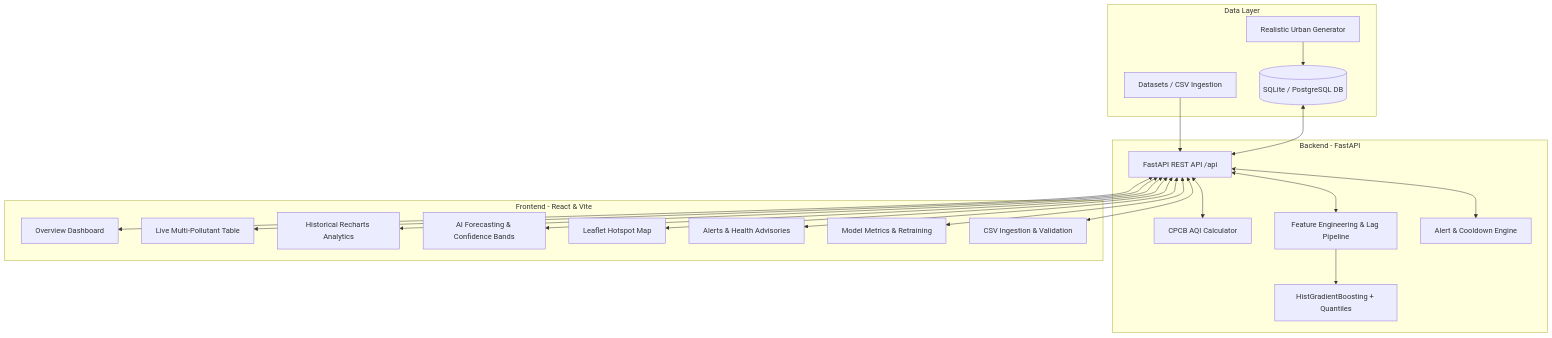
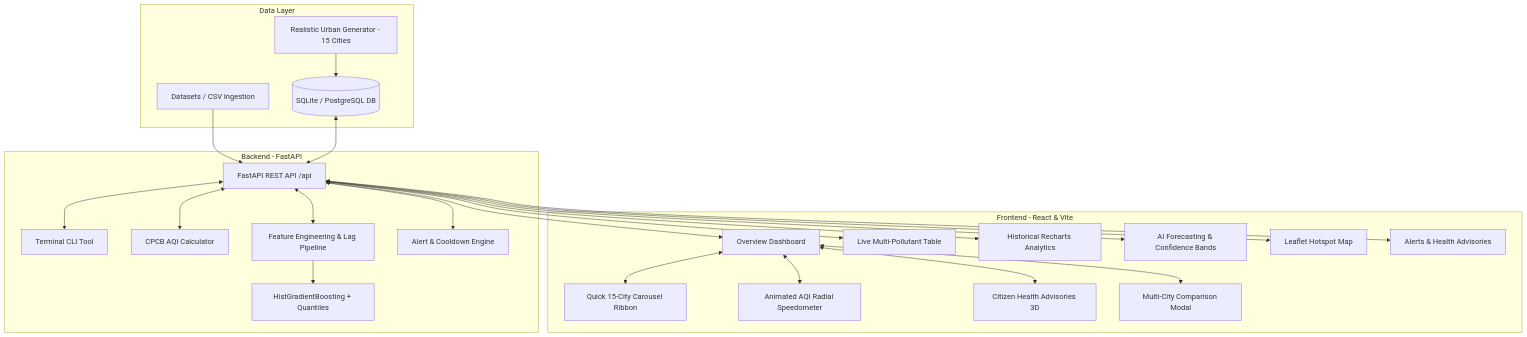
One commit to samk1245/SmartCity-AirGuard-AI-System changed the diagram in README.md. Above: the diagram before and after it, drawn with Mermaid. The commit also changed other lines of this file and 14 other files, not shown here.

Commit message:
feat: add GitHub Actions CI/CD workflows, Docker containerization, terminal CLI, Postman collection, and open-source community standards

````diff
--- a/README.md
+++ b/README.md
@@ -46,43 +54,49 @@
 ```mermaid
 flowchart TD
     subgraph Data Layer
         CSV[Datasets / CSV Ingestion]
         SQLite[(SQLite / PostgreSQL DB)]
-        Seed[Realistic Urban Generator]
+        Seed[Realistic Urban Generator - 15 Cities]
     end
 
     subgraph Backend - FastAPI
         API[FastAPI REST API /api]
+        CLI[Terminal CLI Tool]
         CPCB[CPCB AQI Calculator]
         ML_Prep[Feature Engineering & Lag Pipeline]
         ML_Model[HistGradientBoosting + Quantiles]
         AlertEngine[Alert & Cooldown Engine]
     end
 
     subgraph Frontend - React & Vite
+        UI_Ribbon[Quick 15-City Carousel Ribbon]
+        UI_Gauge[Animated AQI Radial Speedometer]
+        UI_Adv[Citizen Health Advisories 3D]
         UI_Dash[Overview Dashboard]
         UI_Live[Live Multi-Pollutant Table]
         UI_Hist[Historical Recharts Analytics]
         UI_Forecast[AI Forecasting & Confidence Bands]
         UI_Map[Leaflet Hotspot Map]
         UI_Alerts[Alerts & Health Advisories]
-        UI_Model[Model Metrics & Retraining]
-        UI_Upload[CSV Ingestion & Validation]
+        UI_Compare[Multi-City Comparison Modal]
     end
 
     CSV --> API
     Seed --> SQLite
     SQLite <--> API
+    API <--> CLI
     API <--> CPCB
     API <--> ML_Prep
     ML_Prep --> ML_Model
     API <--> AlertEngine
     API <--> UI_Dash
     API <--> UI_Live
     API <--> UI_Hist
     API <--> UI_Forecast
     API <--> UI_Map
     API <--> UI_Alerts
-    API <--> UI_Model
-    API <--> UI_Upload
+    UI_Dash <--> UI_Ribbon
+    UI_Dash <--> UI_Gauge
+    UI_Dash <--> UI_Adv
+    UI_Dash <--> UI_Compare
 ```
````
